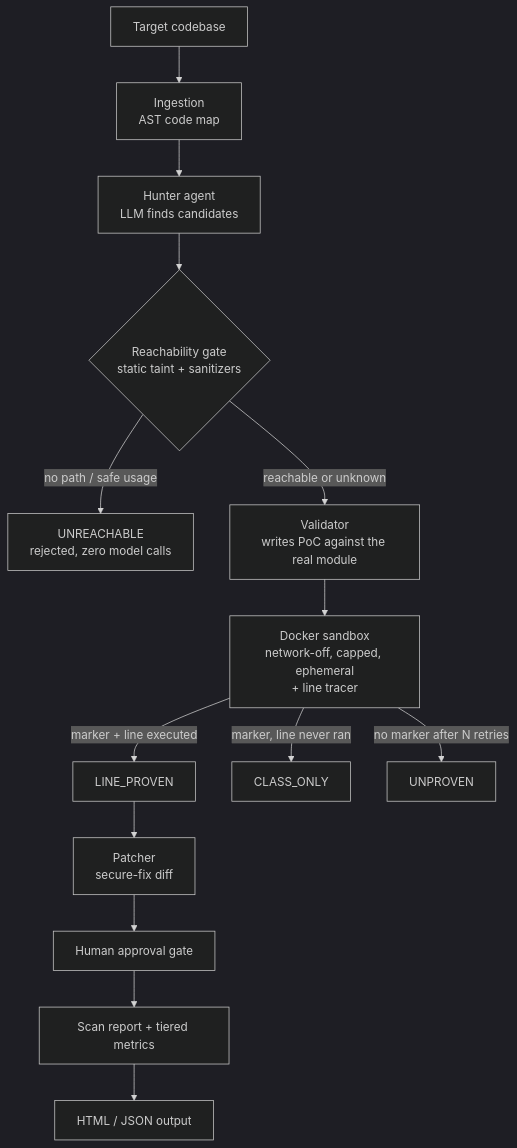
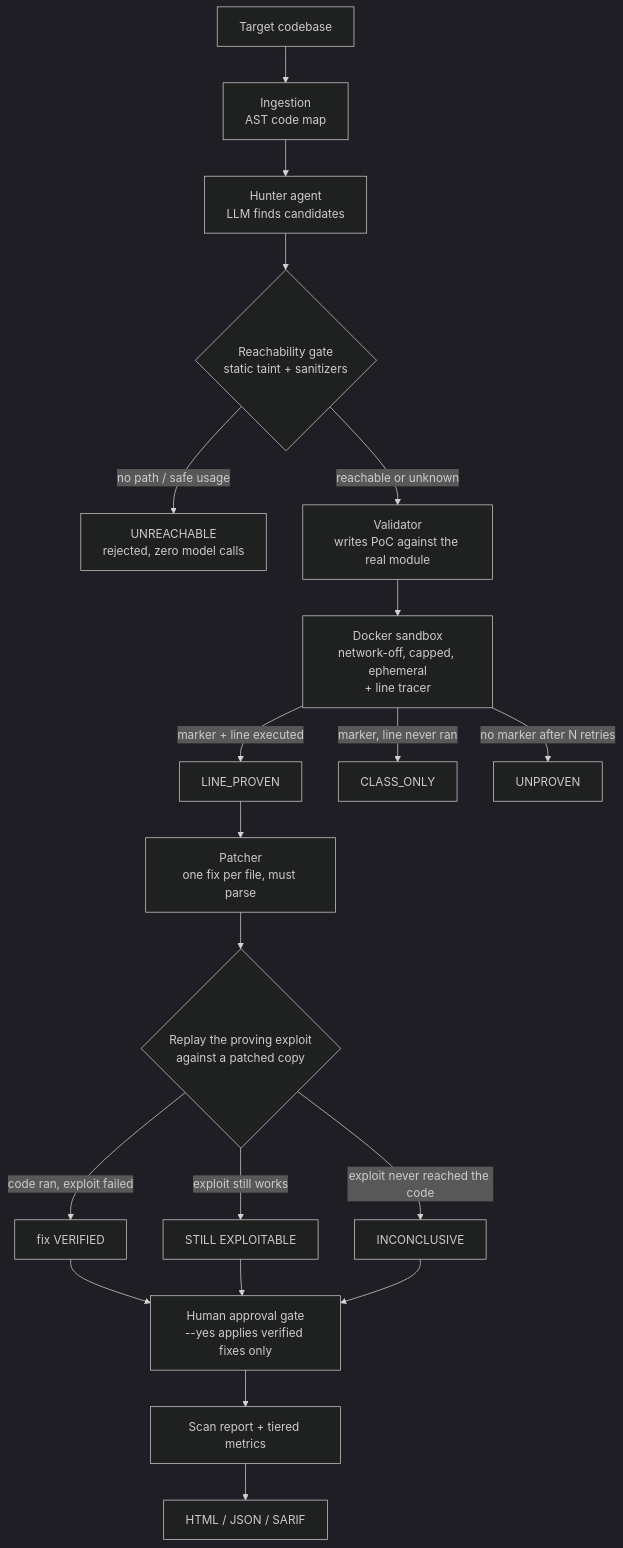
Before and after one commit to rahulpaul-07/Sentinel-Autonomous-AppSec-Agent: the diagram in README.md, drawn with Mermaid (dark theme). The commit also changed other lines of this file and 4 other files, not shown here.

````diff
--- a/README.md
+++ b/README.md
@@ -69,16 +71,22 @@
 ```mermaid
 flowchart TD
     A[Target codebase] --> B[Ingestion<br/>AST code map]
     B --> C[Hunter agent<br/>LLM finds candidates]
     C --> G{Reachability gate<br/>static taint + sanitizers}
     G -->|no path / safe usage| X[UNREACHABLE<br/>rejected, zero model calls]
     G -->|reachable or unknown| D[Validator<br/>writes PoC against the real module]
     D --> E[Docker sandbox<br/>network-off, capped, ephemeral<br/>+ line tracer]
     E -->|marker + line executed| F[LINE_PROVEN]
     E -->|marker, line never ran| CO[CLASS_ONLY]
     E -->|no marker after N retries| U[UNPROVEN]
-    F --> H[Patcher<br/>secure-fix diff]
-    H --> I[Human approval gate]
+    F --> H[Patcher<br/>one fix per file, must parse]
+    H --> V{Replay the proving exploit<br/>against a patched copy}
+    V -->|code ran, exploit failed| VF[fix VERIFIED]
+    V -->|exploit still works| VS[STILL EXPLOITABLE]
+    V -->|exploit never reached the code| VI[INCONCLUSIVE]
+    VF --> I[Human approval gate<br/>--yes applies verified fixes only]
+    VS --> I
+    VI --> I
     I --> J[Scan report + tiered metrics]
-    J --> K[HTML / JSON output]
+    J --> K[HTML / JSON / SARIF]
 ```
````
